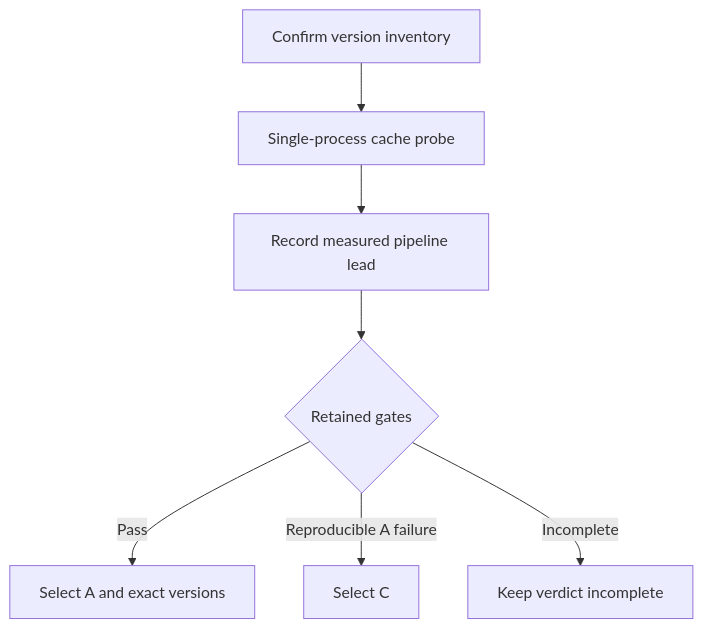
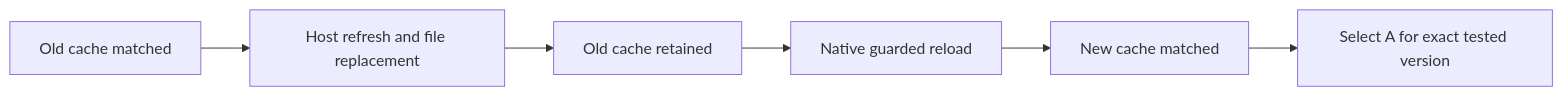
One commit to ophis/agent-pm changed the sixth of 6 diagrams in docs/docker-codex.md. Above: the diagram before and after it, drawn with Mermaid. The commit also changed other lines of this file and 1 other file, not shown here.

Commit message:
docs(TASK-647): select A from live reload and exact version evidence

````diff
--- a/docs/docker-codex.md
+++ b/docs/docker-codex.md
@@ -392,9 +393,8 @@
 ```mermaid
-flowchart TD
-    I[Confirm version inventory] --> P[Single-process cache probe]
-    P --> M[Record measured pipeline lead]
-    M --> D{Retained gates}
-    D -->|Pass| A[Select A and exact versions]
-    D -->|Reproducible A failure| C[Select C]
-    D -->|Incomplete| W[Keep verdict incomplete]
+flowchart LR
+    O[Old cache matched] --> F[Host refresh and file replacement]
+    F --> S[Old cache retained]
+    S --> R[Native guarded reload]
+    R --> N[New cache matched]
+    N --> A[Select A for exact tested version]
 ```
````
